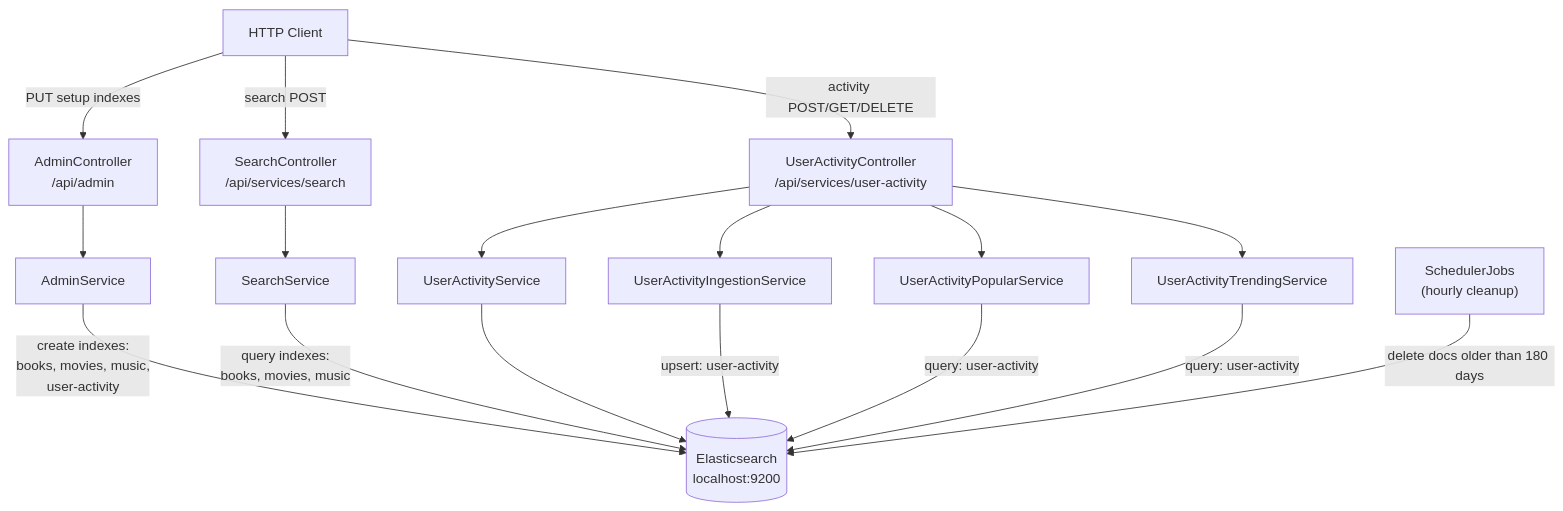
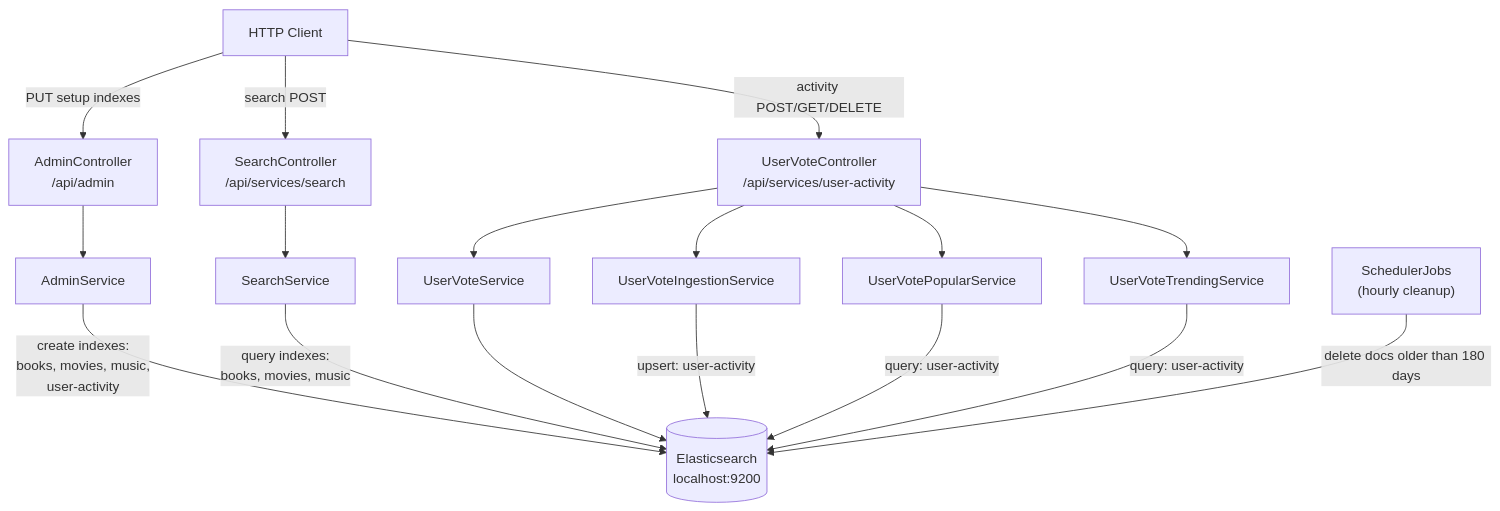
One commit to nklip/JavaCraft changed the first of 2 diagrams in elastic/README.md. Above: the diagram before and after it, drawn with Mermaid. The commit also changed other lines of this file and 40 other files, not shown here.

````diff
--- a/elastic/README.md
+++ b/elastic/README.md
@@ -48,32 +48,32 @@
 ```mermaid
 flowchart TD
     Client["HTTP Client"]
     AC["AdminController\n/api/admin"]
     SC["SearchController\n/api/services/search"]
-    UHC["UserActivityController\n/api/services/user-activity"]
+    UHC["UserVoteController\n/api/services/user-activity"]
     AS["AdminService"]
     SS["SearchService"]
-    UHS["UserActivityService"]
-    UHIS["UserActivityIngestionService"]
-    UHPS["UserActivityPopularService"]
-    UHTS["UserActivityTrendingService"]
+    UHS["UserVoteService"]
+    UHIS["UserVoteIngestionService"]
+    UHPS["UserVotePopularService"]
+    UHTS["UserVoteTrendingService"]
     SCHED["SchedulerJobs\n(hourly cleanup)"]
     ES[("Elasticsearch\nlocalhost:9200")]
 
     Client -->|PUT setup indexes| AC
     Client -->|search POST| SC
     Client -->|activity POST/GET/DELETE| UHC
     AC --> AS
     SC --> SS
     UHC --> UHS
     UHC --> UHIS
     UHC --> UHPS
     UHC --> UHTS
     AS -->|"create indexes:\nbooks, movies, music,\nuser-activity"| ES
     SS -->|"query indexes:\nbooks, movies, music"| ES
     UHS --> ES
     UHIS -->|"upsert: user-activity"| ES
     UHPS -->|"query: user-activity"| ES
     UHTS -->|"query: user-activity"| ES
     SCHED -->|delete docs older than 180 days| ES
 ```
````
